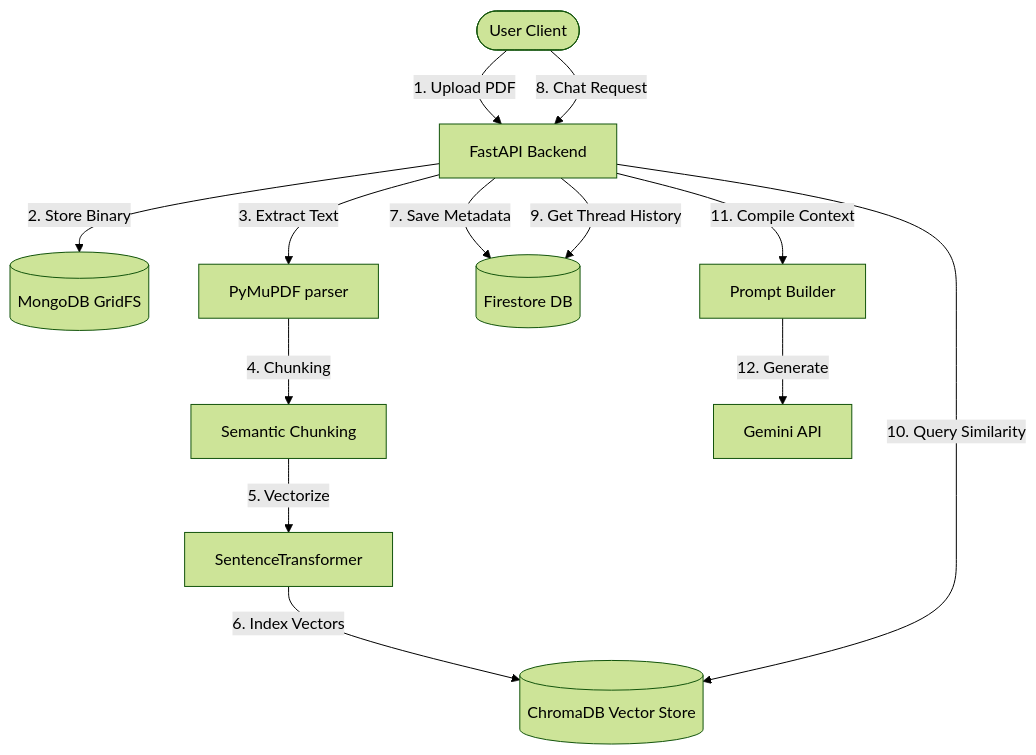
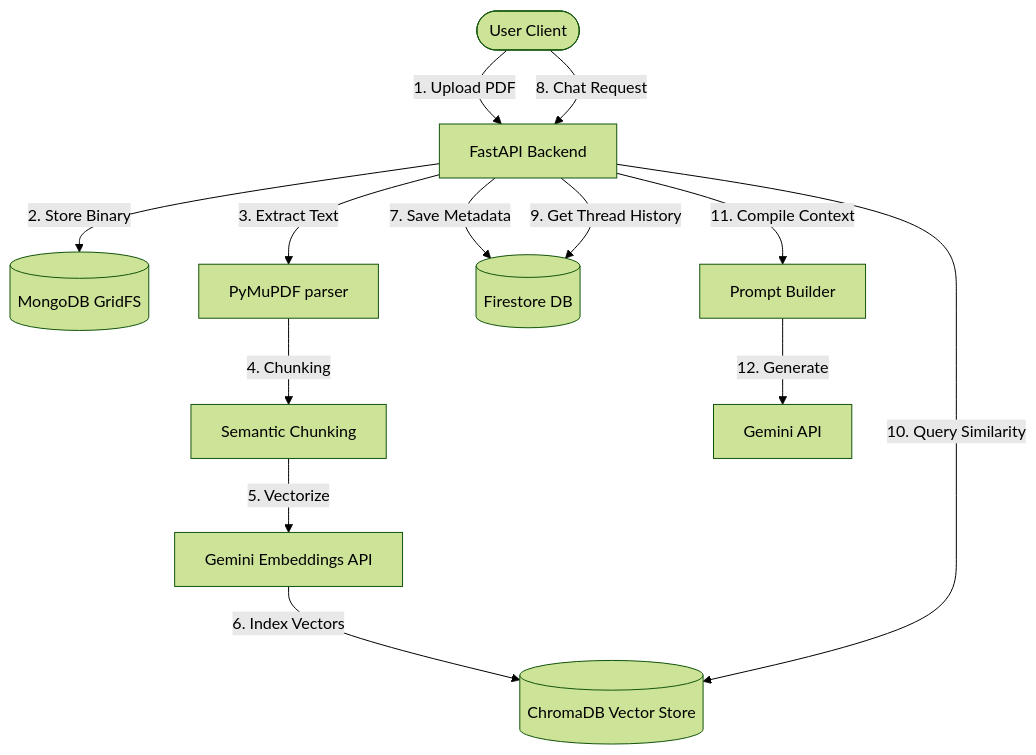
One commit to 3107Alok/DocMind-AI changed the diagram in README.md. Above: the diagram before and after it, drawn with Mermaid (forest theme). The commit also changed other lines of this file, not shown here.

Commit message:
Update README.md with Gemini Embeddings and environment setups

````diff
--- a/README.md
+++ b/README.md
@@ -20,16 +20,16 @@
 ```mermaid
 graph TD
     User([User Client]) -->|1. Upload PDF| API[FastAPI Backend]
     API -->|2. Store Binary| MongoDB[(MongoDB GridFS)]
     API -->|3. Extract Text| PyMuPDF[PyMuPDF parser]
     PyMuPDF -->|4. Chunking| ChunkService[Semantic Chunking]
-    ChunkService -->|5. Vectorize| SentenceTransformer[SentenceTransformer]
-    SentenceTransformer -->|6. Index Vectors| ChromaDB[(ChromaDB Vector Store)]
+    ChunkService -->|5. Vectorize| GeminiEmbeddings[Gemini Embeddings API]
+    GeminiEmbeddings -->|6. Index Vectors| ChromaDB[(ChromaDB Vector Store)]
     API -->|7. Save Metadata| Firestore[(Firestore DB)]
     
     User -->|8. Chat Request| API
     API -->|9. Get Thread History| Firestore
     API -->|10. Query Similarity| ChromaDB
     API -->|11. Compile Context| PromptBuilder[Prompt Builder]
     PromptBuilder -->|12. Generate| Gemini[Gemini API]
 ```
````
